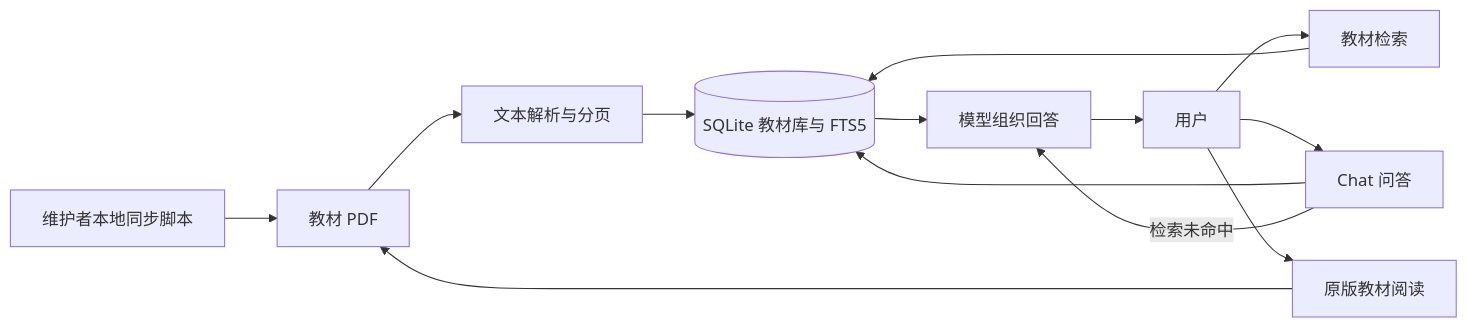
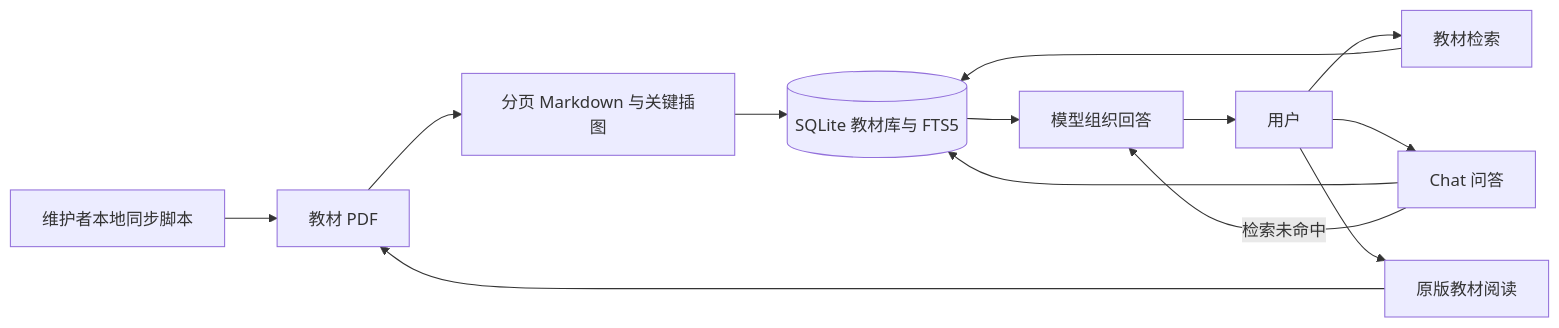
Before and after one commit to serendipitylin0731/TA_agent: the diagram in docs/architecture.md, drawn with Mermaid. The commit also changed other lines of this file and 14 other files, not shown here.

````diff
--- a/docs/architecture.md
+++ b/docs/architecture.md
@@ -3,15 +3,15 @@
 ```mermaid
 flowchart LR
   A[维护者本地同步脚本] --> B[教材 PDF]
-  B --> C[文本解析与分页]
+  B --> C[分页 Markdown 与关键插图]
   C --> D[(SQLite 教材库与 FTS5)]
   U[用户] --> S[教材检索]
   U --> Q[Chat 问答]
   U --> R[原版教材阅读]
   S --> D
   Q --> D
   D --> M[模型组织回答]
   Q -->|检索未命中| M
   M --> U
   R --> B
 ```
````
